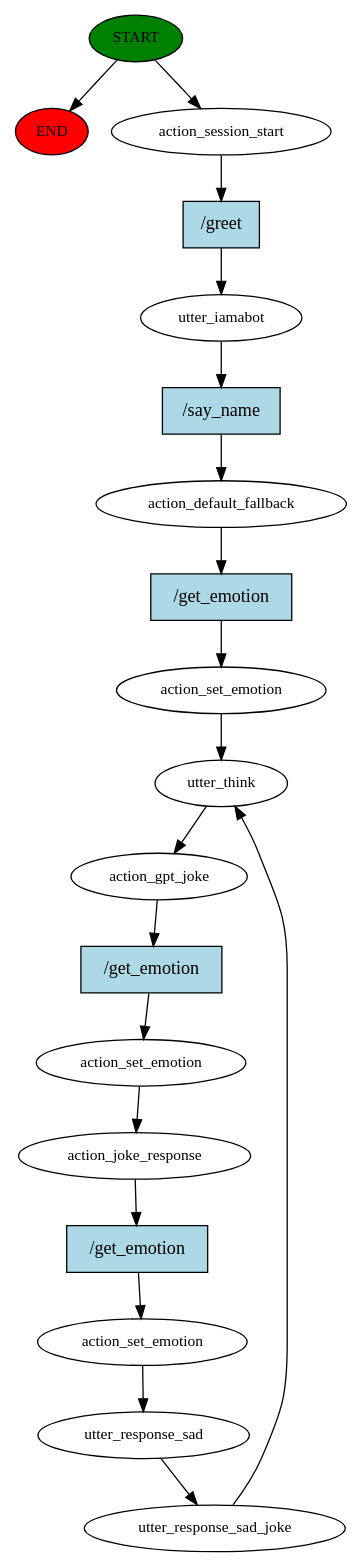
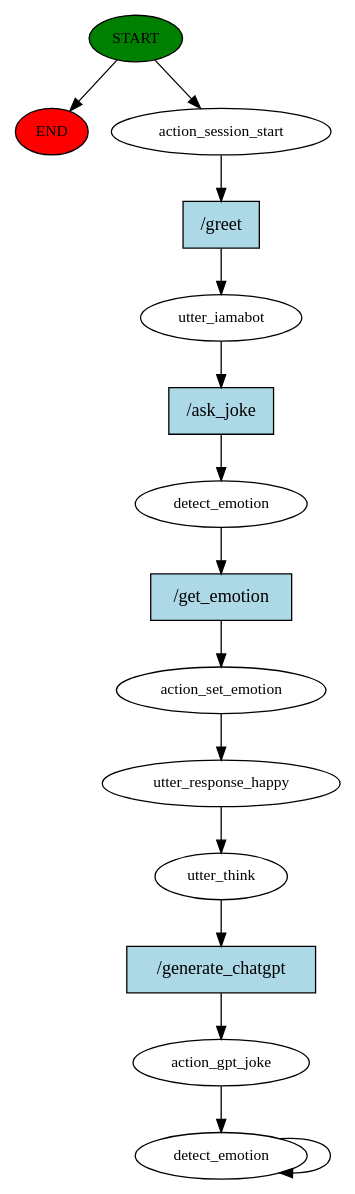
The diagram in story_graph.dot (changchuntzu0618/RASA), drawn with Graphviz before and after one commit. The commit also changed 5 other files, not shown here.

Commit message:
add utter_detect_emotion and generate_cahtgpt

```diff
--- a/story_graph.dot
+++ b/story_graph.dot
@@ -1,38 +1,30 @@
 digraph  {
 0 [class="start active", fillcolor=green, fontsize=12, label=START, style=filled];
 "-1" [class=end, fillcolor=red, fontsize=12, label=END, style=filled];
 1 [class=active, fontsize=12, label=action_session_start];
 2 [class=active, fontsize=12, label=utter_iamabot];
-3 [class=active, fontsize=12, label=action_default_fallback];
+3 [class=active, fontsize=12, label=detect_emotion];
 4 [class=active, fontsize=12, label=action_set_emotion];
-5 [class=active, fontsize=12, label=utter_think];
-6 [class=active, fontsize=12, label=action_gpt_joke];
-7 [class="active dashed", fontsize=12, label=action_set_emotion];
-8 [class=active, fontsize=12, label=action_joke_response];
-9 [class=active, fontsize=12, label=action_set_emotion];
-10 [class=active, fontsize=12, label=utter_response_sad];
-11 [class=active, fontsize=12, label=utter_response_sad_joke];
-15 [class="intent active", fillcolor=lightblue, label="/greet", shape=rect, style=filled];
-16 [class="intent active", fillcolor=lightblue, label="/say_name", shape=rect, style=filled];
-17 [class="intent active", fillcolor=lightblue, label="/get_emotion", shape=rect, style=filled];
-18 [class="intent active", fillcolor=lightblue, label="/get_emotion", shape=rect, style=filled];
-19 [class="intent active", fillcolor=lightblue, label="/get_emotion", shape=rect, style=filled];
+5 [class=active, fontsize=12, label=utter_response_happy];
+6 [class=active, fontsize=12, label=utter_think];
+7 [class=active, fontsize=12, label=action_gpt_joke];
+8 [class="active dashed", fontsize=12, label=detect_emotion];
+10 [class="intent active", fillcolor=lightblue, label="/greet", shape=rect, style=filled];
+11 [class="intent active", fillcolor=lightblue, label="/ask_joke", shape=rect, style=filled];
+12 [class="intent active", fillcolor=lightblue, label="/get_emotion", shape=rect, style=filled];
+13 [class="intent active", fillcolor=lightblue, label="/generate_chatgpt", shape=rect, style=filled];
 0 -> "-1"  [class="", key=NONE, label=""];
 0 -> 1  [class=active, key=NONE, label=""];
-1 -> 15  [class=active, key=0];
-2 -> 16  [class=active, key=0];
-3 -> 17  [class=active, key=0];
+1 -> 10  [class=active, key=0];
+2 -> 11  [class=active, key=0];
+3 -> 12  [class=active, key=0];
 4 -> 5  [class=active, key=NONE, label=""];
 5 -> 6  [class=active, key=NONE, label=""];
-6 -> 18  [class=active, key=0];
+6 -> 13  [class=active, key=0];
 7 -> 8  [class=active, key=NONE, label=""];
-8 -> 19  [class=active, key=0];
-9 -> 10  [class=active, key=NONE, label=""];
-10 -> 11  [class=active, key=NONE, label=""];
-11 -> 5  [class=active, key=NONE, label=""];
-15 -> 2  [class=active, key=0];
-16 -> 3  [class=active, key=0];
-17 -> 4  [class=active, key=0];
-18 -> 7  [class=active, key=0];
-19 -> 9  [class=active, key=0];
+8 -> 8  [class=active, key=NONE, label=""];
+10 -> 2  [class=active, key=0];
+11 -> 3  [class=active, key=0];
+12 -> 4  [class=active, key=0];
+13 -> 7  [class=active, key=0];
 }
```
